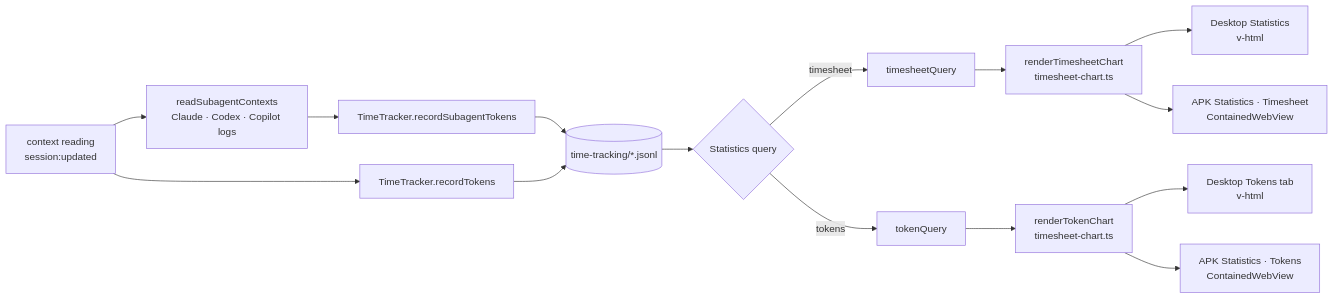
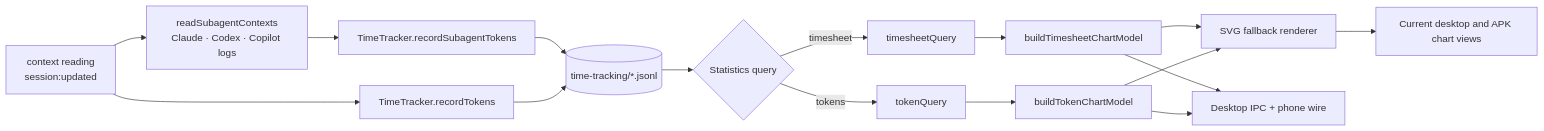
Before and after one commit to PetePeter/helm: the second of 3 diagrams in docs/time-tracking.md, drawn with Mermaid. The commit also changed other lines of this file and 10 other files, not shown here.

Commit message:
feat(stats): add shared chart model contract

````diff
--- a/docs/time-tracking.md
+++ b/docs/time-tracking.md
@@ -53,16 +53,17 @@
 ```mermaid
 graph LR
   CU[context reading<br/>session:updated] --> TT[TimeTracker.recordTokens]
   CU --> SA[readSubagentContexts<br/>Claude · Codex · Copilot logs] --> TS[TimeTracker.recordSubagentTokens]
   TS --> J
   TT --> J[(time-tracking/*.jsonl)]
   J --> Q{Statistics query}
   Q -->|timesheet| T[timesheetQuery]
   Q -->|tokens| K[tokenQuery]
-  T --> C[renderTimesheetChart<br/>timesheet-chart.ts]
-  K --> TC[renderTokenChart<br/>timesheet-chart.ts]
-  C --> D[Desktop Statistics<br/>v-html]
-  C --> A[APK Statistics · Timesheet<br/>ContainedWebView]
-  TC --> TD[Desktop Tokens tab<br/>v-html]
-  TC --> AT[APK Statistics · Tokens<br/>ContainedWebView]
+  T --> CM[buildTimesheetChartModel]
+  K --> CM2[buildTokenChartModel]
+  CM --> C[SVG fallback renderer]
+  CM2 --> C
+  CM --> D[Desktop IPC + phone wire]
+  CM2 --> D
+  C --> UI[Current desktop and APK chart views]
 ```
````
